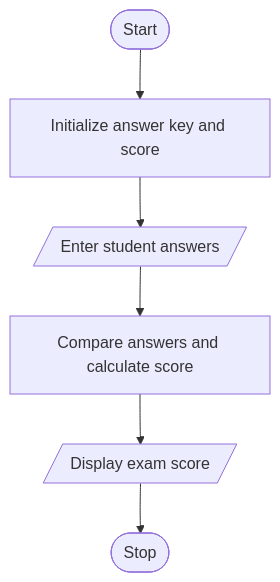
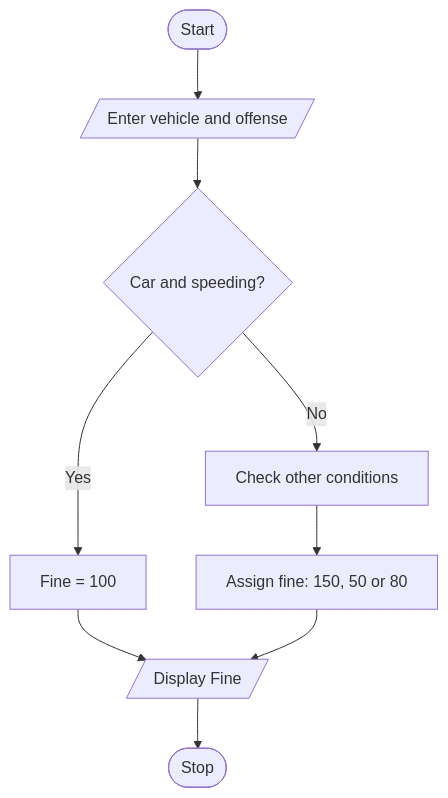
Before and after one commit to AaliyaMohammedcyber/Python--Activity-Based-Learning: the diagram in Traffic Violation Penalty Calculator.md, drawn with Mermaid.

Commit message:
Update flowchart for traffic violation penalty calculation

````diff
--- a/Traffic Violation Penalty Calculator.md
+++ b/Traffic Violation Penalty Calculator.md
@@ -23,8 +23,11 @@
 ```mermaid
-  flowchart TD
-    A([Start]) --> B[Initialize answer key and score]
-    B --> C[/Enter student answers/]
-    C --> D[Compare answers and calculate score]
-    D --> E[/Display exam score/]
-    E --> F([Stop])
+flowchart TD
+    A([Start]) --> B[/Enter vehicle and offense/]
+    B --> C{Car and speeding?}
+    C -->|Yes| D[Fine = 100]
+    C -->|No| E[Check other conditions]
+    E --> F[Assign fine: 150, 50 or 80]
+    D --> G[/Display Fine/]
+    F --> G
+    G --> H([Stop])
 ```
````
